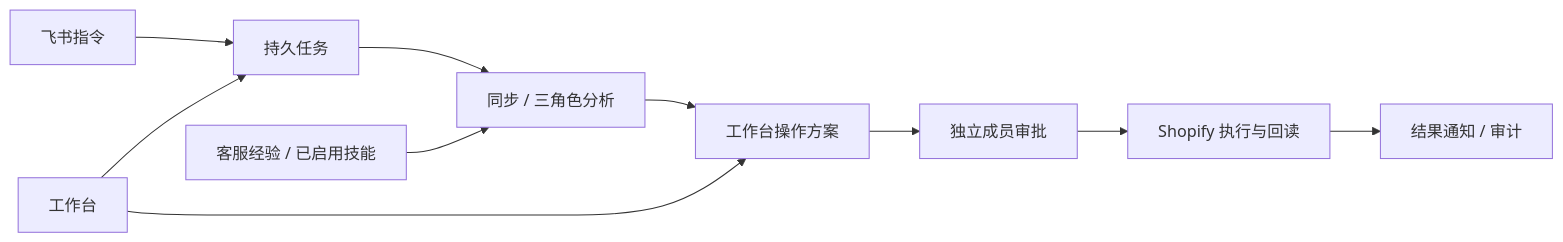
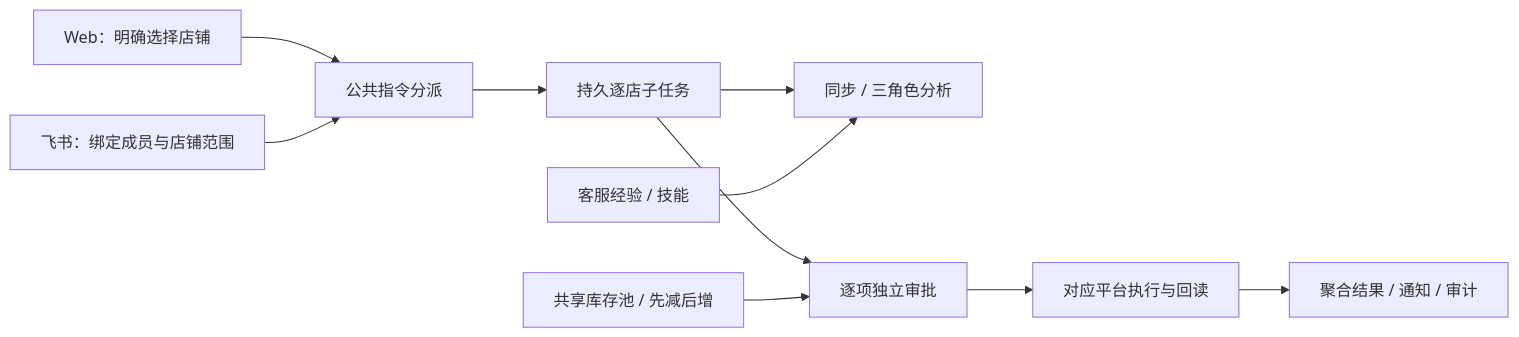
The diagram in README.md (LyzJames/xiaokua-ai-operations-agent), drawn with Mermaid before and after one commit. The commit also changed other lines of this file and 62 other files, not shown here.

````diff
--- a/README.md
+++ b/README.md
@@ -120,12 +127,12 @@
 ```mermaid
 flowchart LR
-    FEI[飞书指令] --> TASK[持久任务]
-    UI[工作台] --> TASK
-    TASK --> ANALYSIS[同步 / 三角色分析]
-    ANALYSIS --> PLAN[工作台操作方案]
-    UI --> PLAN
-    PLAN --> APPROVAL[独立成员审批]
-    APPROVAL --> EXEC[Shopify 执行与回读]
-    EXEC --> RESULT[结果通知 / 审计]
-    KNOWLEDGE[客服经验 / 已启用技能] --> ANALYSIS
+    WEB[Web：明确选择店铺] --> COMMAND[公共指令分派]
+    FEISHU[飞书：绑定成员与店铺范围] --> COMMAND
+    COMMAND --> TASKS[持久逐店子任务]
+    TASKS --> READ[同步 / 三角色分析]
+    TASKS --> APPROVAL[逐项独立审批]
+    APPROVAL --> EXEC[对应平台执行与回读]
+    EXEC --> RESULT[聚合结果 / 通知 / 审计]
+    STOCK[共享库存池 / 先减后增] --> APPROVAL
+    KNOWLEDGE[客服经验 / 技能] --> READ
 ```
````
